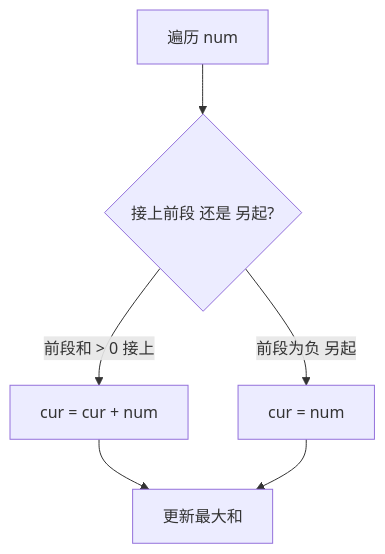
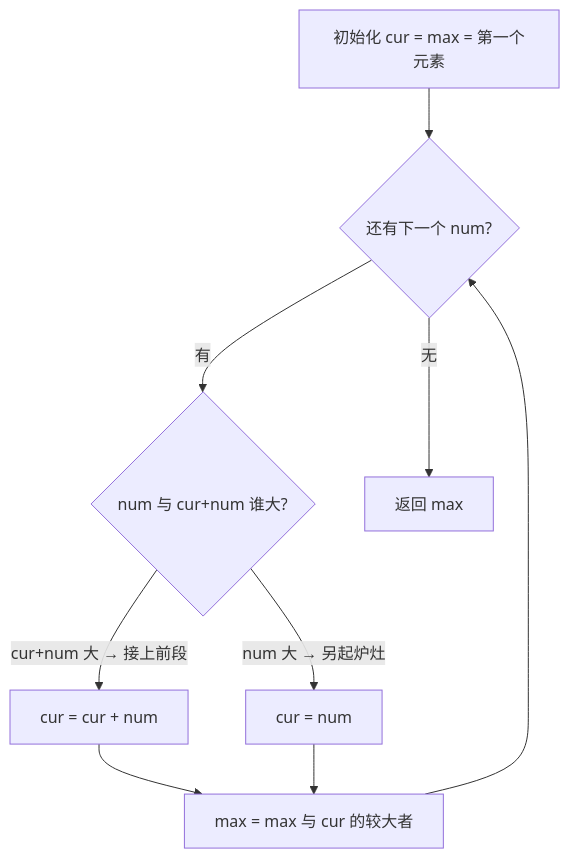
The first of 2 diagrams in 05-普通数组/0053-最大子数组和.md (OctalZero/hot100-py), drawn with Mermaid before and after one commit. The commit also changed other lines of this file and 117 other files, not shown here.

First line of the commit message:
feat: 全题解配图升级为「动画式 mermaid」（总览骨架 + 横向时间线逐步推演）

````diff
--- a/05-普通数组/0053-最大子数组和.md
+++ b/05-普通数组/0053-最大子数组和.md
@@ -21,8 +21,11 @@
 ```mermaid
 flowchart TD
-    A["遍历 num"] --> B{"接上前段 还是 另起?"}
-    B -- "前段和 > 0 接上" --> C["cur = cur + num"]
-    B -- "前段为负 另起" --> D["cur = num"]
-    C --> E["更新最大和"]
-    D --> E
+    A["初始化 cur = max = 第一个元素"] --> B{"还有下一个 num?"}
+    B -->|"有"| C{"num 与 cur+num 谁大?"}
+    C -->|"cur+num 大 → 接上前段"| D["cur = cur + num"]
+    C -->|"num 大 → 另起炉灶"| E["cur = num"]
+    D --> F["max = max 与 cur 的较大者"]
+    E --> F
+    F --> B
+    B -->|"无"| G["返回 max"]
 ```
````
